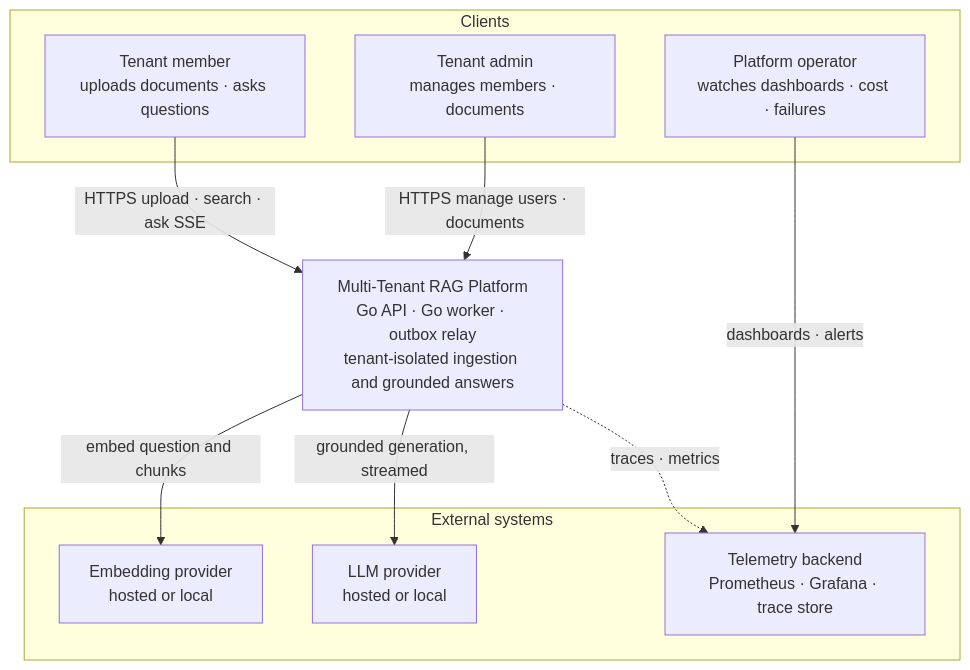
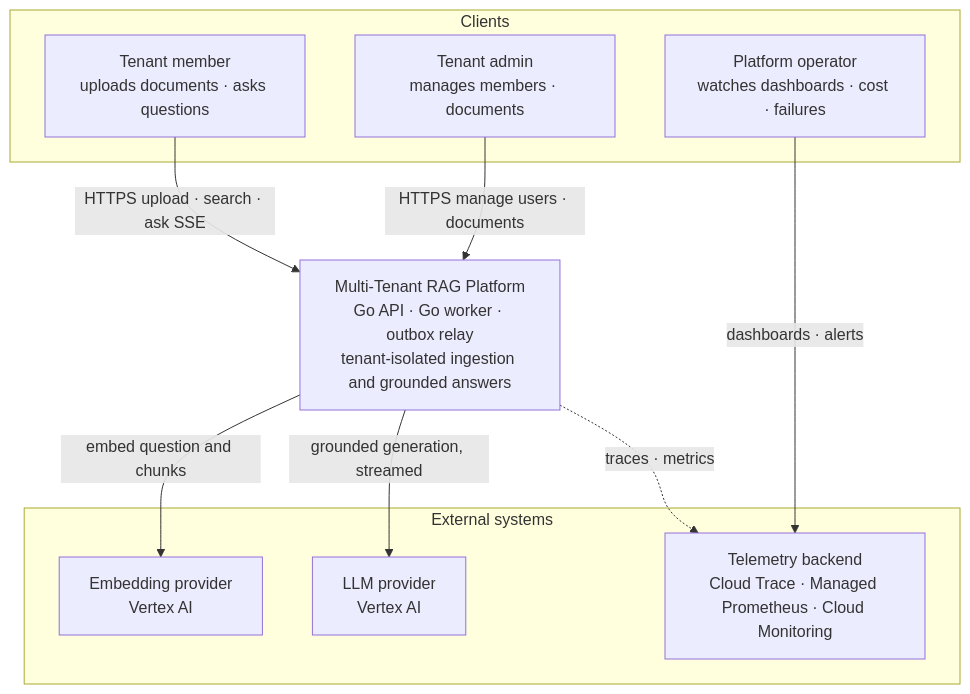
Before and after one commit to kavish924/multi-tenant-rag: the first of 8 diagrams in docs/diagrams/architecture.md, drawn with Mermaid. The commit also changed other lines of this file and 30 other files, not shown here.

````diff
--- a/docs/diagrams/architecture.md
+++ b/docs/diagrams/architecture.md
@@ -26,23 +26,23 @@
 ```mermaid
 flowchart TB
     subgraph clients["Clients"]
         MEMBER["Tenant member<br/>uploads documents · asks questions"]
         ADMIN["Tenant admin<br/>manages members · documents"]
         OPS["Platform operator<br/>watches dashboards · cost · failures"]
     end
 
     RAG["Multi-Tenant RAG Platform<br/>Go API · Go worker · outbox relay<br/>tenant-isolated ingestion and grounded answers"]
 
     subgraph external["External systems"]
-        EMB["Embedding provider<br/>hosted or local"]
-        LLM["LLM provider<br/>hosted or local"]
-        TEL["Telemetry backend<br/>Prometheus · Grafana · trace store"]
+        EMB["Embedding provider<br/>Vertex AI"]
+        LLM["LLM provider<br/>Vertex AI"]
+        TEL["Telemetry backend<br/>Cloud Trace · Managed Prometheus · Cloud Monitoring"]
     end
 
     MEMBER -->|"HTTPS upload · search · ask SSE"| RAG
     ADMIN -->|"HTTPS manage users · documents"| RAG
     OPS -->|"dashboards · alerts"| TEL
     RAG -->|"embed question and chunks"| EMB
     RAG -->|"grounded generation, streamed"| LLM
     RAG -.->|"traces · metrics"| TEL
 ```
````
